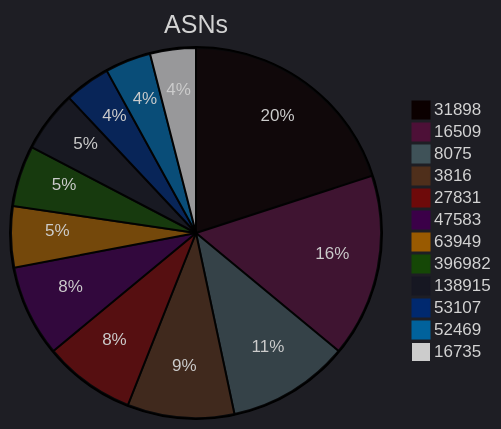
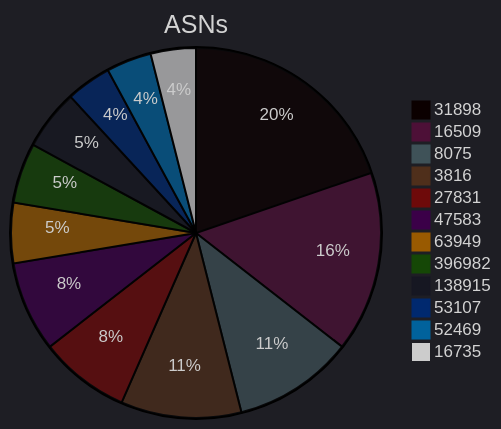
Before and after one commit to ZoqueLabs/website: the third of 8 diagrams in zolim.md, drawn with Mermaid. The commit also changed other lines of this file, not shown here.

````diff
--- a/zolim.md
+++ b/zolim.md
@@ -73,19 +73,19 @@
 ```mermaid
 ---
 config:
   theme: dark
 ---
 pie title ASNs
   "31898" : 15
   "16509" : 12
   "8075" : 8
-  "3816" : 7
+  "3816" : 8
   "27831" : 6
   "47583" : 6
   "63949" : 4
   "396982" : 4
   "138915" : 4
   "53107" : 3
   "52469" : 3
   "16735" : 3
 ```
````
